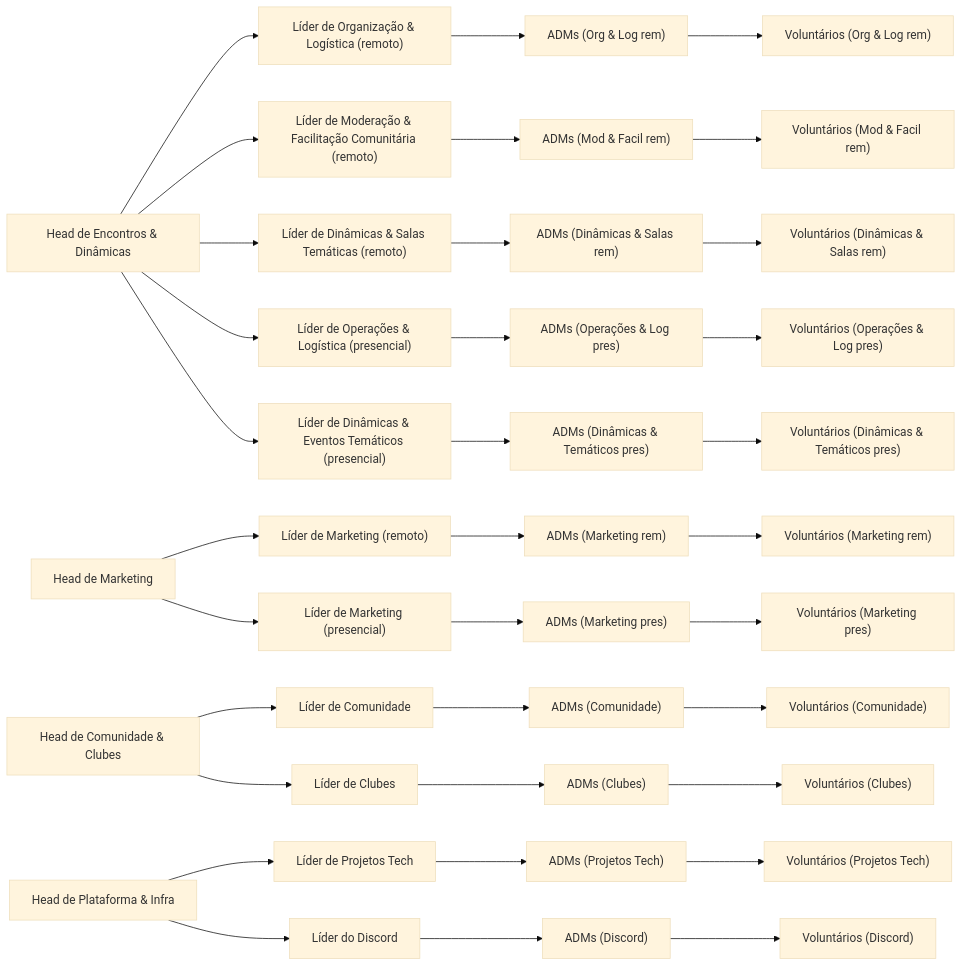
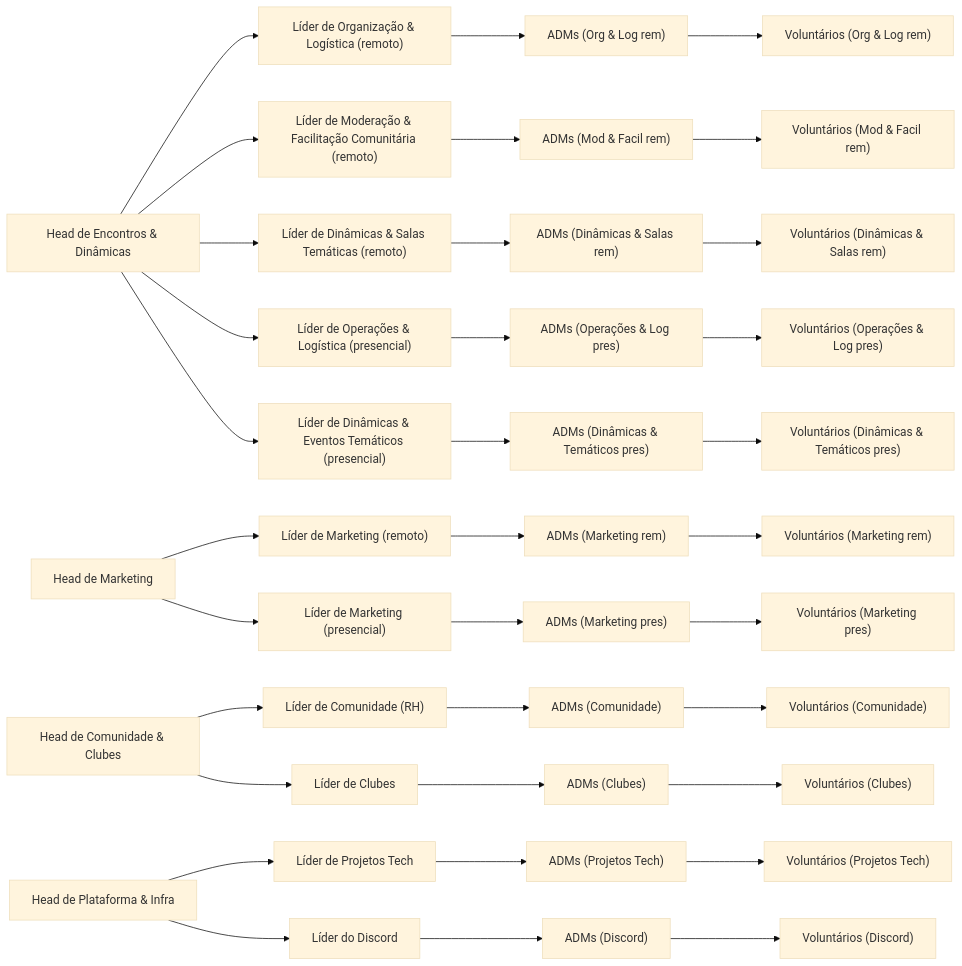
Before and after one commit to Tchez/brain-blog: the diagram in notes/projects/speakup-community/org/index.md, drawn with Mermaid (base theme). The commit also changed 3 other files, not shown here.

```diff
--- a/notes/projects/speakup-community/org/index.md
+++ b/notes/projects/speakup-community/org/index.md
@@ -41,7 +41,7 @@
   H2 --> L6["Líder de Marketing (remoto)"]
   H2 --> L7["Líder de Marketing (presencial)"]
 
-  H3 --> L8["Líder de Comunidade"]
+  H3 --> L8["Líder de Comunidade (RH)"]
   H3 --> L9["Líder de Clubes"]
 
   H4 --> L10["Líder de Projetos Tech"]
```
